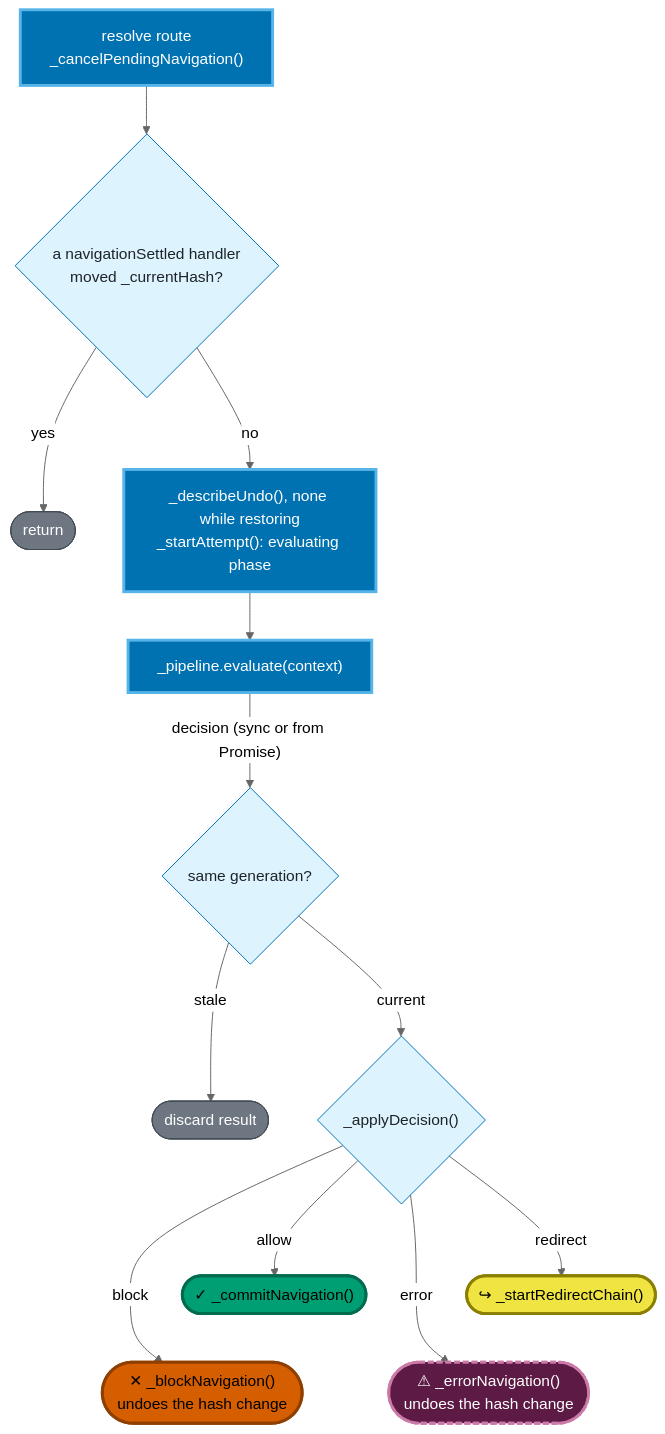
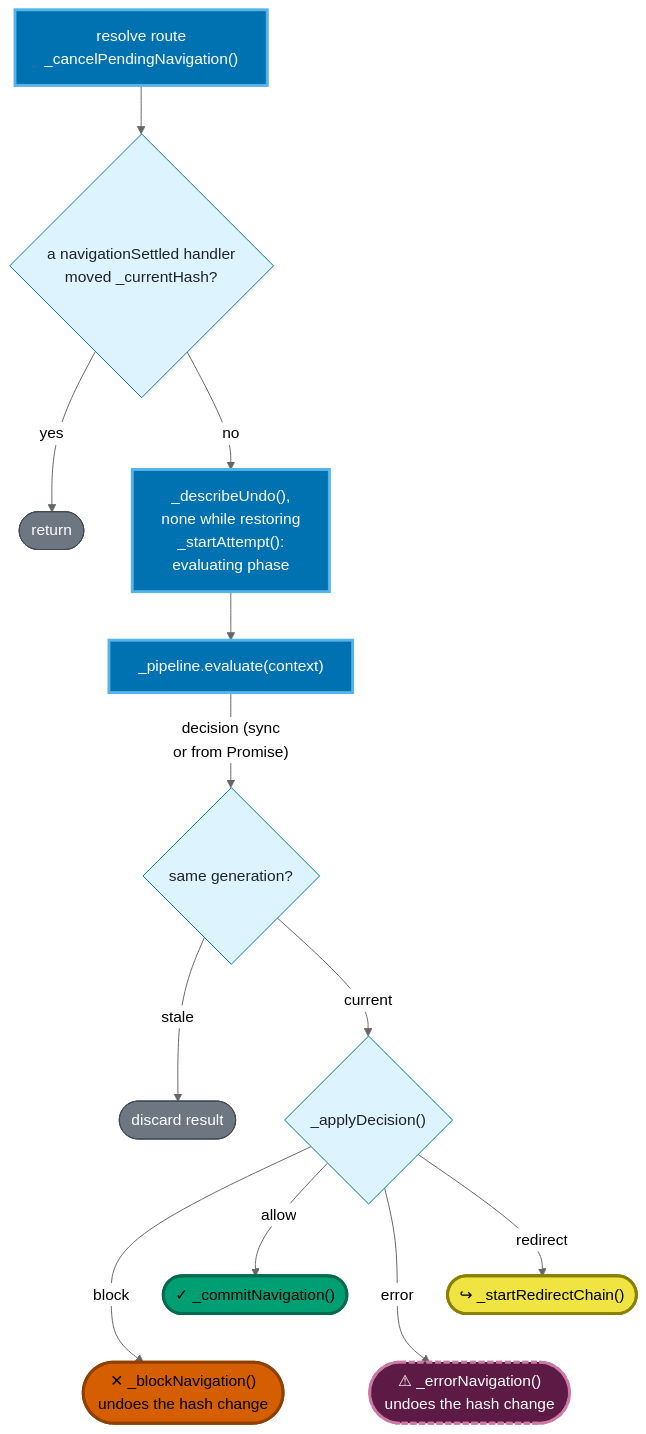
The second of 10 diagrams in docs/reference/architecture.md (wridgeu/ui5-lib-guard-router), drawn with Mermaid (neutral theme) before and after one commit. The commit also changed other lines of this file and 12 other files, not shown here.

````diff
--- a/docs/reference/architecture.md
+++ b/docs/reference/architecture.md
@@ -217,31 +222,36 @@
 ```mermaid
+---
+config:
+  flowchart:
+    wrappingWidth: 300
+---
 flowchart TD
     cancelprev["resolve route<br/>_cancelPendingNavigation()"] --> handlermoved{"a navigationSettled handler<br/>moved _currentHash?"}
     handlermoved -- "yes" --> ret(["return"])
-    handlermoved -- "no" --> setup["_describeUndo(), none while restoring<br/>_startAttempt(): evaluating phase"]
+    handlermoved -- "no" --> setup["_describeUndo(),<br/>none while restoring<br/>_startAttempt():<br/>evaluating phase"]
     setup --> evaluate["_pipeline.evaluate(context)"]
-    evaluate -- "decision (sync or from Promise)" --> stale{"same generation?"}
+    evaluate -- "decision (sync<br/>or from Promise)" --> stale{"same generation?"}
     stale -- "stale" --> discard(["discard result"])
     stale -- "current" --> apply{"_applyDecision()"}
     apply -- "allow" --> commit(["✓ _commitNavigation()"])
     apply -- "redirect" --> redirect(["↪ _startRedirectChain()"])
     apply -- "block" --> block(["✕ _blockNavigation()<br/>undoes the hash change"])
     apply -- "error" --> errornav(["⚠ _errorNavigation()<br/>undoes the hash change"])
     commit ~~~ block
     redirect ~~~ errornav
 
     classDef native fill:#6e7781,stroke:#424a53,color:#ffffff
     classDef added fill:#0072B2,stroke:#56B4E9,stroke-width:3px,color:#ffffff
     classDef decision fill:#ddf4ff,stroke:#0072B2,color:#1f2328
     classDef commit fill:#009E73,stroke:#006b4e,stroke-width:3px,color:#000000
     classDef redirect fill:#F0E442,stroke:#8a7f00,stroke-width:3px,color:#000000
     classDef block fill:#D55E00,stroke:#8f3f00,stroke-width:3px,color:#000000
     classDef error fill:#5c1a44,stroke:#CC79A7,stroke-width:3px,stroke-dasharray:6 3,color:#ffffff
     class ret,discard native
     class cancelprev,setup,evaluate added
     class handlermoved,stale,apply decision
     class commit commit
     class redirect redirect
     class block block
     class errornav error
 ```
````
